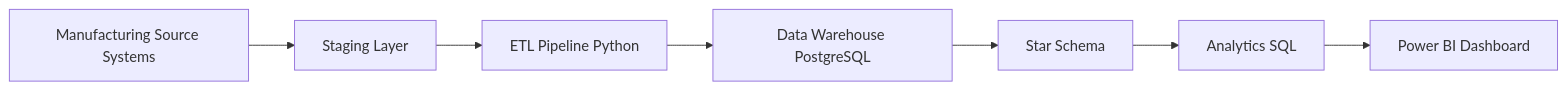
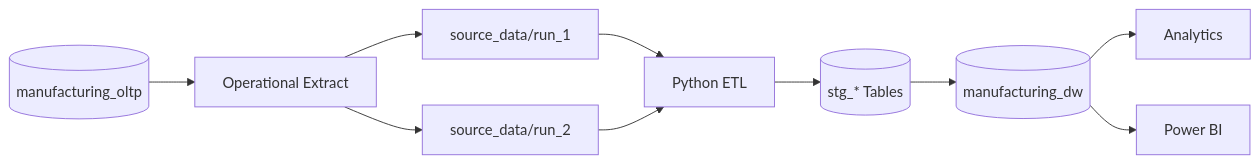
Before and after one commit to akindaG/Enterprise-Manufacturing-Data-Warehouse: the first of 5 diagrams in README.md, drawn with Mermaid. The commit also changed other lines of this file and 28 other files, not shown here.

````diff
--- a/README.md
+++ b/README.md
@@ -45,9 +50,12 @@
 ```mermaid
 flowchart LR
-    A[Manufacturing Source Systems] --> B[Staging Layer]
-    B --> C[ETL Pipeline Python]
-    C --> D[Data Warehouse PostgreSQL]
-    D --> E[Star Schema]
-    E --> F[Analytics SQL]
-    F --> G[Power BI Dashboard]
+    O[(manufacturing_oltp)] --> X[Operational Extract]
+    X --> R1[source_data/run_1]
+    X --> R2[source_data/run_2]
+    R1 --> ETL[Python ETL]
+    R2 --> ETL
+    ETL --> S[(stg_* Tables)]
+    S --> DW[(manufacturing_dw)]
+    DW --> A[Analytics]
+    DW --> P[Power BI]
 ```
````
